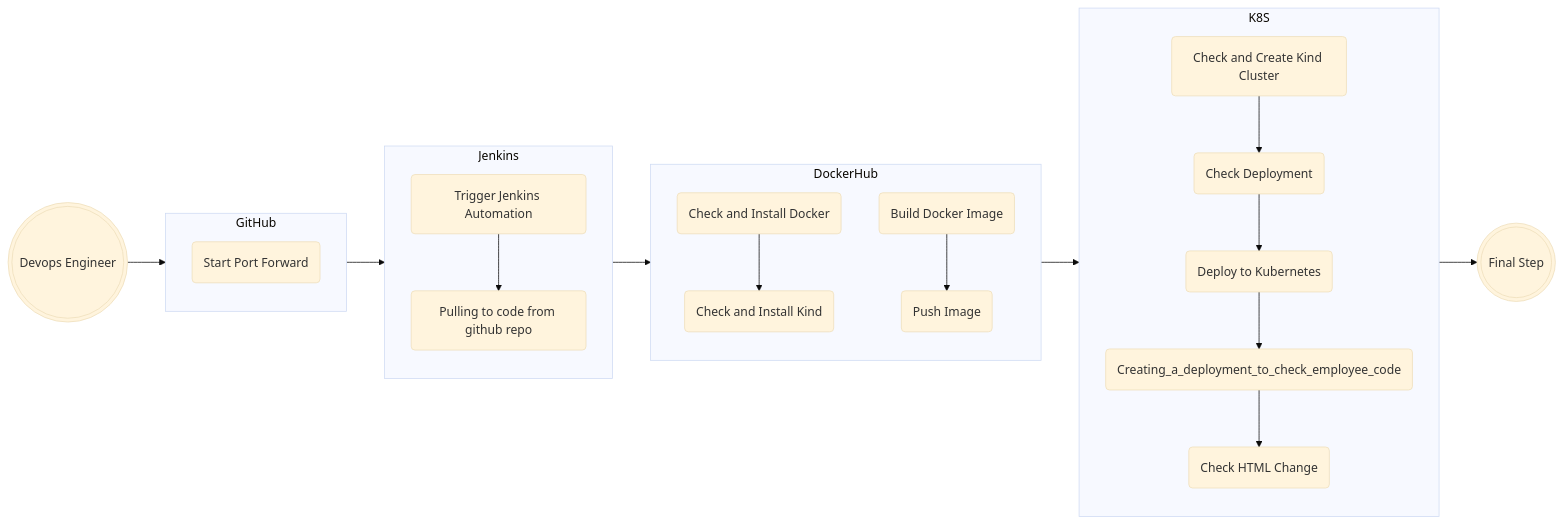
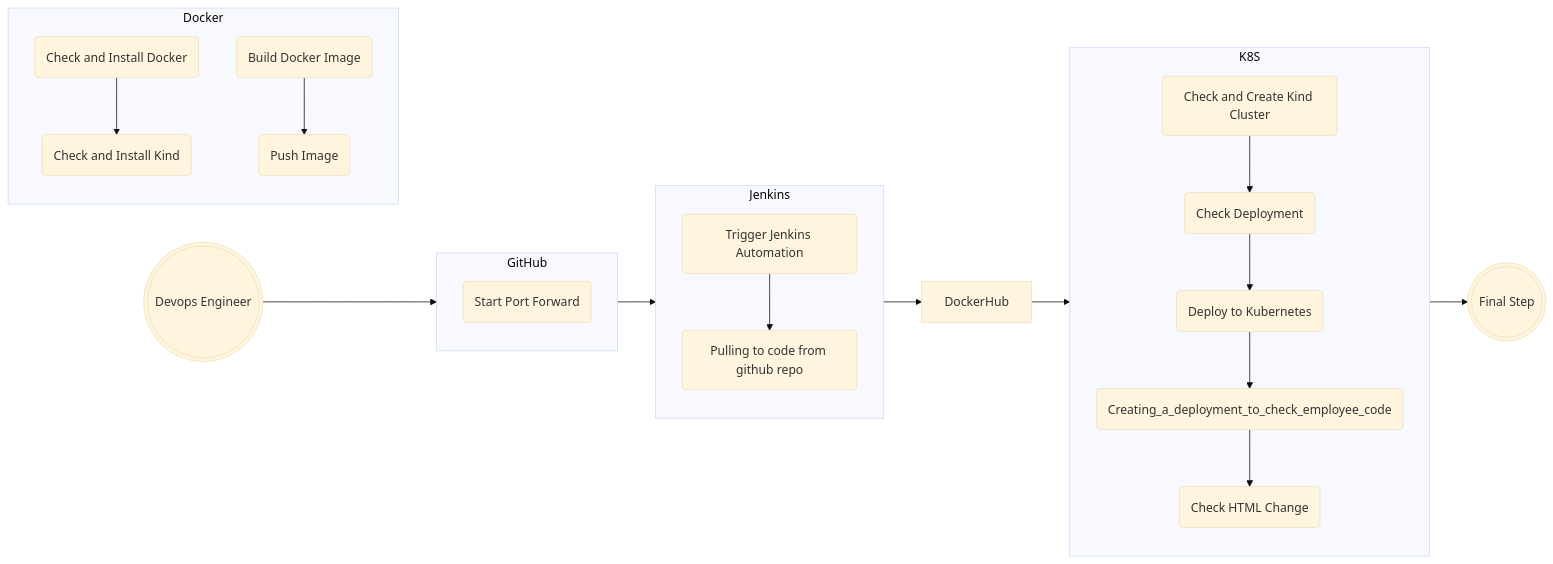
The diagram in README.md (IftachZilcaPaz/final_proj_git_jenkins), drawn with Mermaid (base theme) before and after one commit.

````diff
--- a/README.md
+++ b/README.md
@@ -43,36 +43,36 @@
 ```mermaid
 flowchart LR
     subgraph GitHub
         direction TB
         A(Checkout to specific branch)
         A(Start Port Forward)
     end
     subgraph Jenkins
         direction TB
         B(Trigger Jenkins Automation) --> C(Pulling to code from github repo)
     end
-    subgraph DockerHub
+    subgraph Docker
         direction TB
         D(Check and Install Docker) --> E(Check and Install Kind)
         F(Build Docker Image) --> G(Push Image)
     end
     subgraph K8S
         direction TB
         H(Check and Create Kind Cluster) --> I(Check Deployment)
         I(Check Deployment) --> J(Deploy to Kubernetes)
         J(Deploy to Kubernetes) --> K(Creating_a_deployment_to_check_employee_code)
         K(Creating_a_deployment_to_check_employee_code) --> L(Check HTML Change)
     end
     %% ^ These subgraphs are identical, except for the links to them:
 
     %% Link *to* subgraph1: subgraph1 direction is maintained
     
     id1(((Devops Engineer))) --> GitHub
     GitHub --> Jenkins
     Jenkins --> DockerHub
     DockerHub --> K8S
     K8S --> id2(((Final Step)))
     %% Link *within* subgraph2:
     %% subgraph2 inherits the direction of the top-level graph (LR)
     %% outside ---> top2
 ```
````
